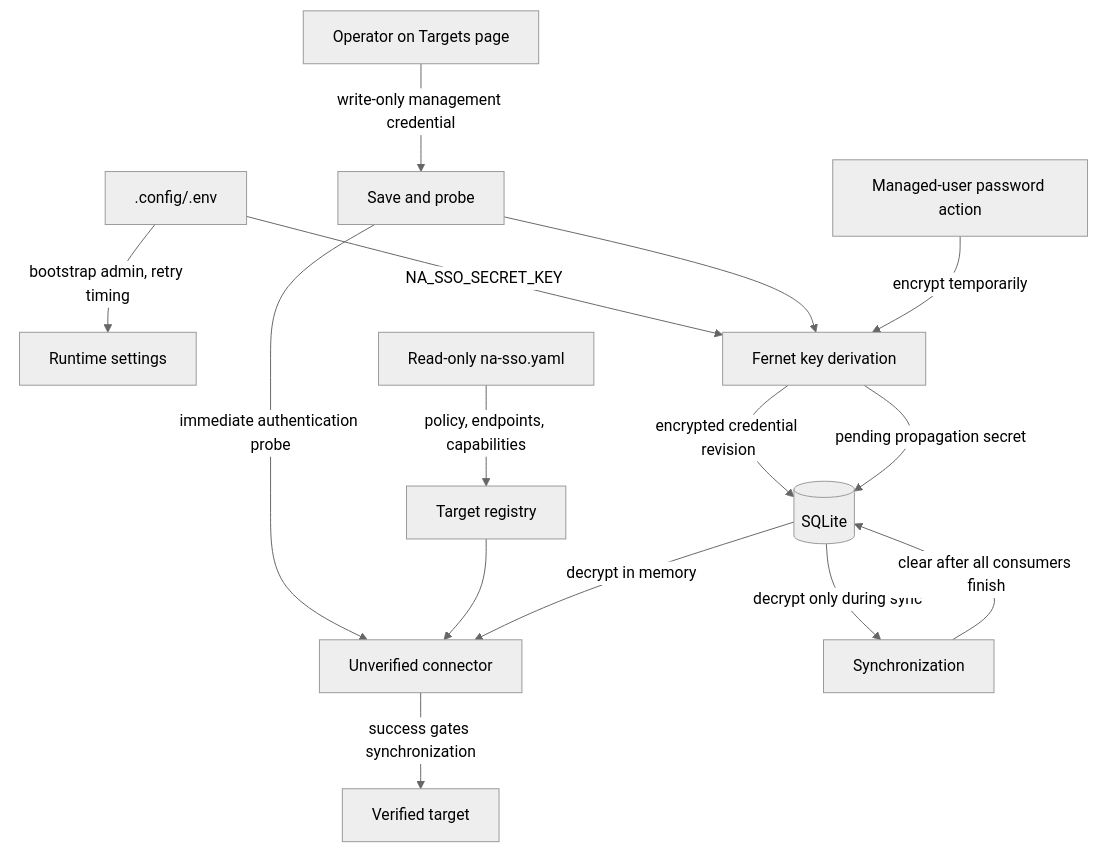
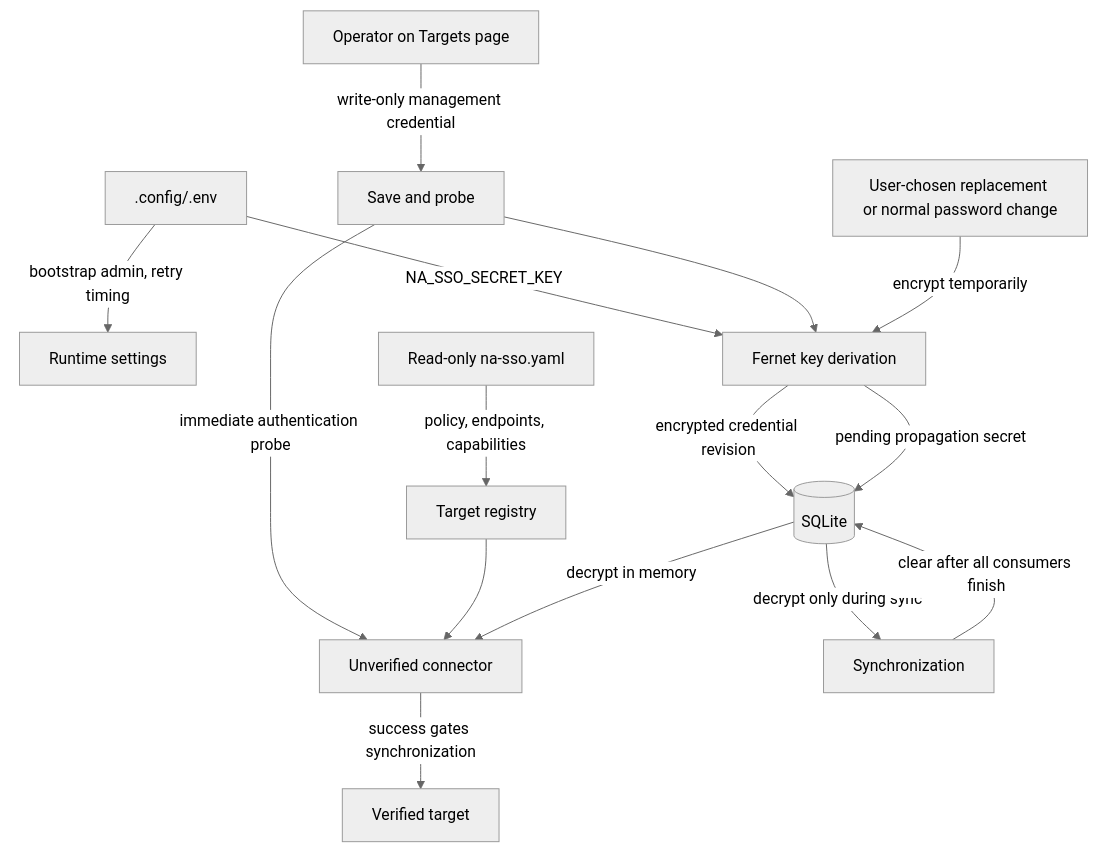
The second of 4 diagrams in docs/DEVELOPER.md (jpbaking/na-sso), drawn with Mermaid (neutral theme) before and after one commit. The commit also changed other lines of this file and 5 other files, not shown here.

````diff
--- a/docs/DEVELOPER.md
+++ b/docs/DEVELOPER.md
@@ -68,19 +68,19 @@
 ```mermaid
 flowchart TB
     Env[".config/.env"] -->|"bootstrap admin, retry timing"| Settings["Runtime settings"]
     Env -->|"NA_SSO_SECRET_KEY"| Crypto["Fernet key derivation"]
     YAML["Read-only na-sso.yaml"] -->|"policy, endpoints, capabilities"| Registry["Target registry"]
 
     Operator["Operator on Targets page"] -->|"write-only management credential"| Save["Save and probe"]
     Save --> Crypto
     Crypto -->|"encrypted credential revision"| DB[("SQLite")]
     Save -->|"immediate authentication probe"| Connector["Unverified connector"]
     Registry --> Connector
     DB -->|"decrypt in memory"| Connector
     Connector -->|"success gates synchronization"| Verified["Verified target"]
 
-    Password["Managed-user password action"] -->|"encrypt temporarily"| Crypto
+    Password["User-chosen replacement or normal password change"] -->|"encrypt temporarily"| Crypto
     Crypto -->|"pending propagation secret"| DB
     DB -->|"decrypt only during sync"| Sync["Synchronization"]
     Sync -->|"clear after all consumers finish"| DB
 ```
````
